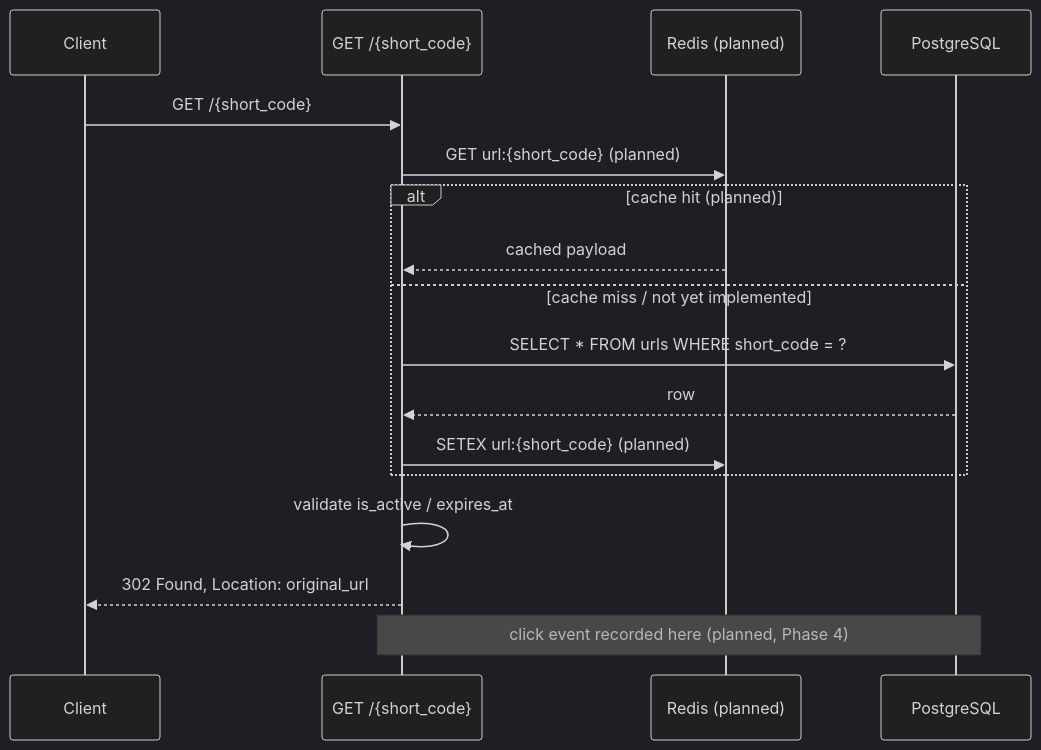
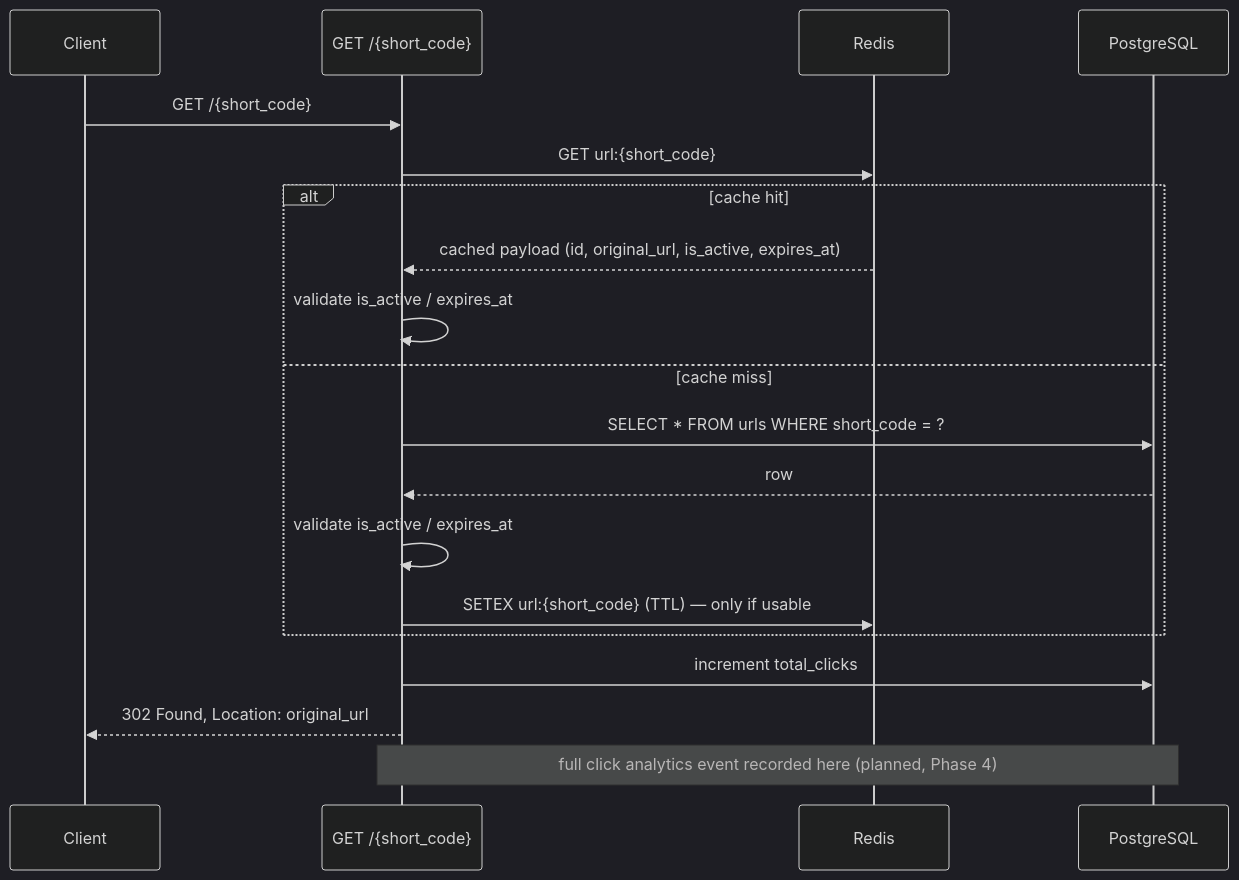
The third of 4 diagrams in README.md (mahadabbasi19/URL-Shortner-Analytics), drawn with Mermaid (dark theme) before and after one commit. The commit also changed other lines of this file and 8 other files, not shown here.

First line of the commit message:
Phase 3: Redis cache-aside layer for the redirect path

````diff
--- a/README.md
+++ b/README.md
@@ -123,20 +123,22 @@
 ```mermaid
 sequenceDiagram
     participant C as Client
     participant API as GET /{short_code}
-    participant Redis as Redis (planned)
+    participant Redis as Redis
     participant DB as PostgreSQL
 
     C->>API: GET /{short_code}
-    API->>Redis: GET url:{short_code} (planned)
-    alt cache hit (planned)
-        Redis-->>API: cached payload
-    else cache miss / not yet implemented
+    API->>Redis: GET url:{short_code}
+    alt cache hit
+        Redis-->>API: cached payload (id, original_url, is_active, expires_at)
+        API->>API: validate is_active / expires_at
+    else cache miss
         API->>DB: SELECT * FROM urls WHERE short_code = ?
         DB-->>API: row
-        API->>Redis: SETEX url:{short_code} (planned)
+        API->>API: validate is_active / expires_at
+        API->>Redis: SETEX url:{short_code} (TTL) — only if usable
     end
-    API->>API: validate is_active / expires_at
+    API->>DB: increment total_clicks
     API-->>C: 302 Found, Location: original_url
-    Note over API,DB: click event recorded here (planned, Phase 4)
+    Note over API,DB: full click analytics event recorded here (planned, Phase 4)
 ```
````
